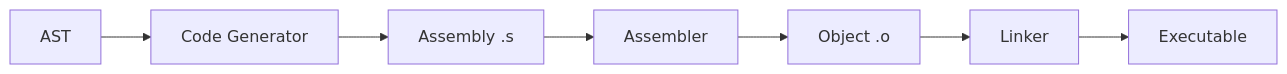
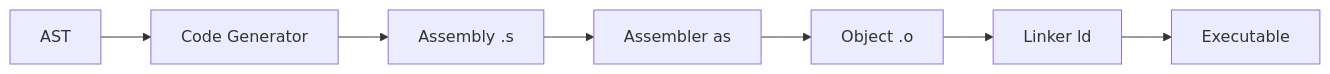
Before and after one commit to juno-yu/simple-howto-c-compiler-ximplec: the first of 3 diagrams in 0004-codegen/README.md, drawn with Mermaid. The commit also changed other lines of this file and 131 other files, not shown here.

````diff
--- a/0004-codegen/README.md
+++ b/0004-codegen/README.md
@@ -11,9 +13,9 @@
 ```mermaid
 graph LR
     A[AST] --> B[Code Generator]
     B --> C[Assembly .s]
-    C --> D[Assembler]
+    C --> D[Assembler as]
     D --> E[Object .o]
-    E --> F[Linker]
+    E --> F[Linker ld]
     F --> G[Executable]
 ```
````
